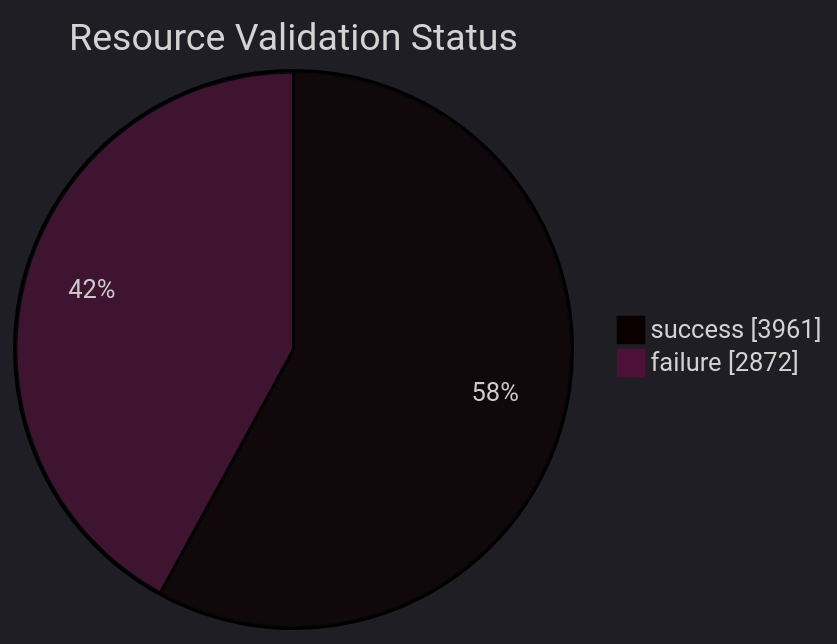
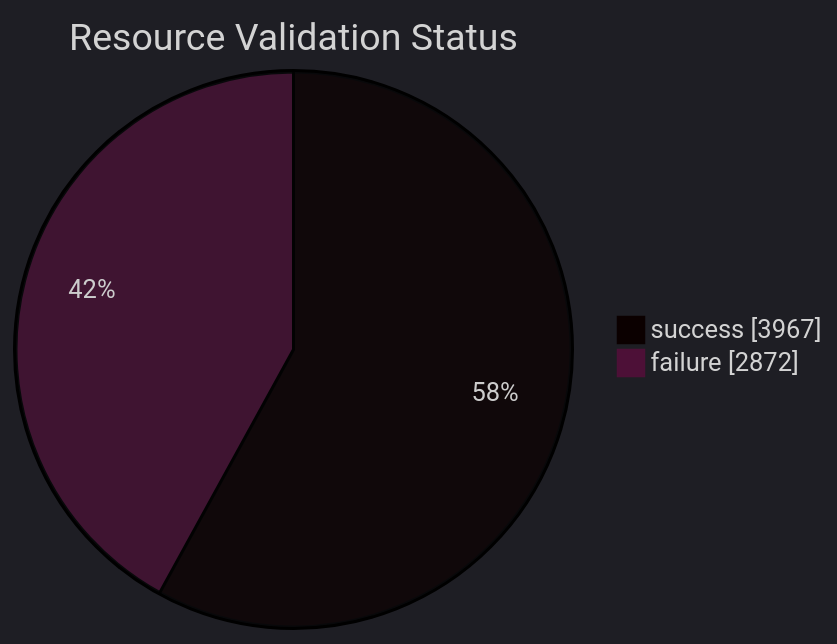
Before and after one commit to open-data/analytics-corporate-reporting: the diagram in datastore_tracker/resource_validation_status_pie_chart.md, drawn with Mermaid. The commit also changed 9 other files, not shown here.

````diff
--- a/datastore_tracker/resource_validation_status_pie_chart.md
+++ b/datastore_tracker/resource_validation_status_pie_chart.md
@@ -2,9 +2,9 @@
 ```mermaid
 ---
 config:
   theme: dark
 ---
 pie showData title Resource Validation Status
-    "success": 3961
+    "success": 3967
     "failure": 2872
 ```
````
